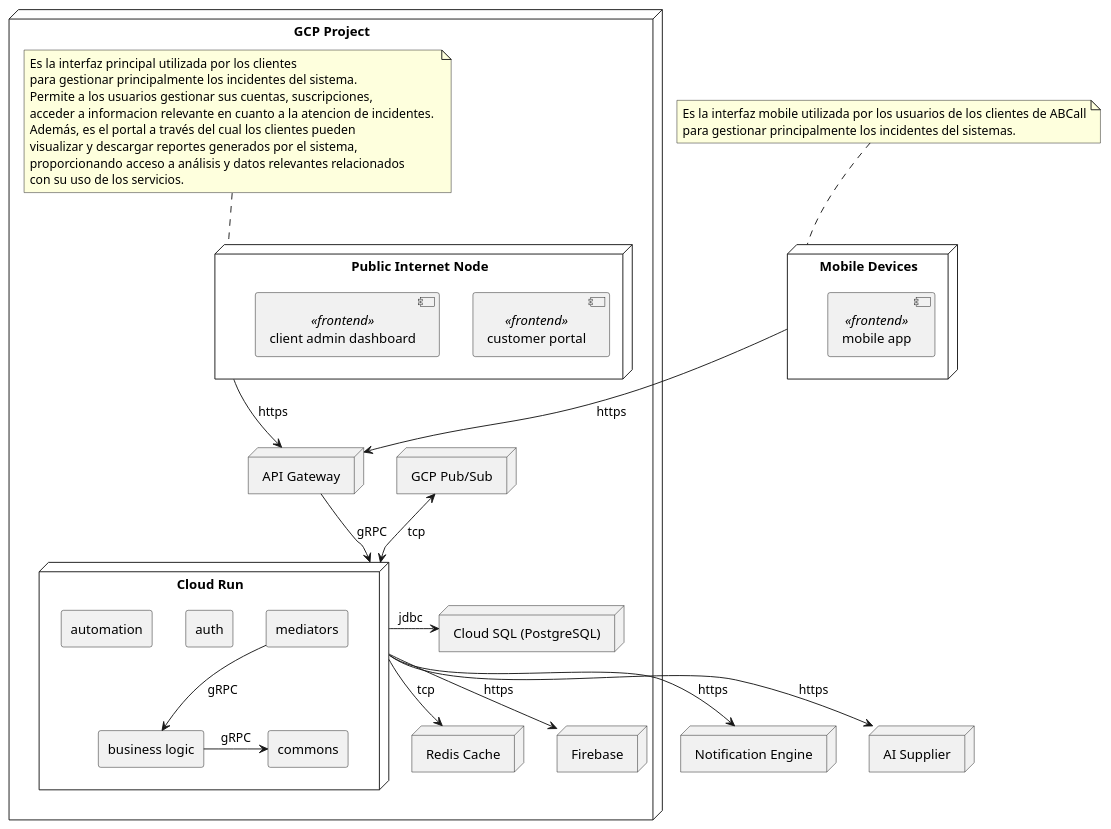
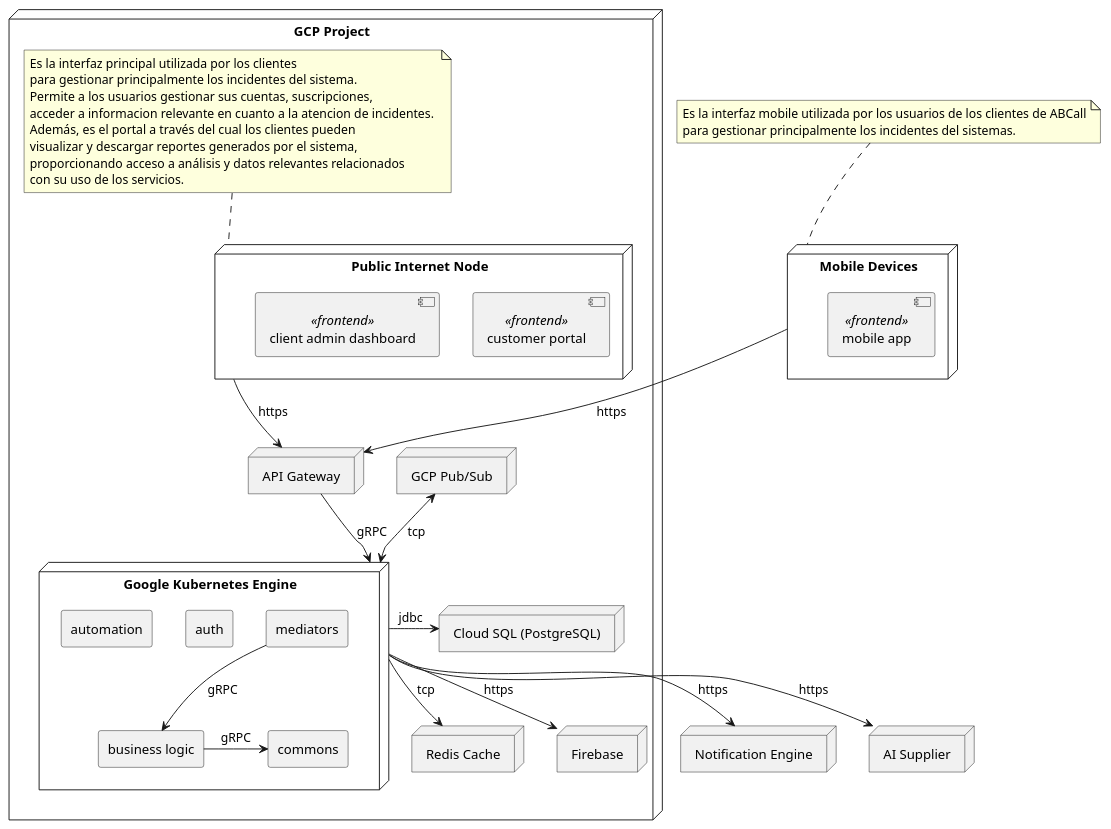
Before and after one commit to MISO-Proyecto-Final/Entregas-Proyecto-Final-G2: the diagram in Semana 5/diagramas-arquitectura/DeploymentViewPoint/2.Presentation.puml, drawn with PlantUML. The commit also changed 1 other file, not shown here.

Commit message:
feat: actualizacion de diagramas de despliegue

```diff
--- a/Semana 5/diagramas-arquitectura/DeploymentViewPoint/2.Presentation.puml
+++ b/Semana 5/diagramas-arquitectura/DeploymentViewPoint/2.Presentation.puml
@@ -1,90 +1,90 @@
 @startuml deployment-diagram
 skinparam packageStyle rectangle
 
 node "GCP Project" {
     node "API Gateway" {
     }
 
-    node "Cloud Run" {
+    node "Google Kubernetes Engine" {
 
         rectangle mediators {
         }
 
         rectangle auth {
         }
 
         rectangle "business logic" {
         }
 
         rectangle automation {
         }
 
         [mediators] -down-> [business logic] : gRPC
         [business logic] -right-> [commons] : gRPC
 
         rectangle commons {
         }
 
         
         
     }
 
     node "Cloud SQL (PostgreSQL)" {
     }
 
     node "Redis Cache" {
     }
     
     node "Public Internet Node" {
         [customer portal] <<frontend>>
         [client admin dashboard] <<frontend>>
     }
 
     note top of [Public Internet Node]
         Es la interfaz principal utilizada por los clientes 
         para gestionar principalmente los incidentes del sistema. 
         Permite a los usuarios gestionar sus cuentas, suscripciones, 
         acceder a informacion relevante en cuanto a la atencion de incidentes. 
         Además, es el portal a través del cual los clientes pueden 
         visualizar y descargar reportes generados por el sistema, 
         proporcionando acceso a análisis y datos relevantes relacionados 
         con su uso de los servicios.
     end note
 
     node "GCP Pub/Sub" {
     }
 
     node "Firebase" {
     }
 }
 
 node "Mobile Devices" {
     [mobile app] <<frontend>>
 }
 
 note top of [Mobile Devices]
         Es la interfaz mobile utilizada por los usuarios de los clientes de ABCall
         para gestionar principalmente los incidentes del sistemas.
     end note
 
 node "Notification Engine" {
 }
 
 node "AI Supplier" {
 }
 
 [Public Internet Node] -down-> [API Gateway] : https
 [Mobile Devices] -down-> [API Gateway] : https
 
-[API Gateway] -down-> [Cloud Run] : gRPC
-[Cloud Run] -left-> [Cloud SQL (PostgreSQL)] : jdbc
-[Cloud Run] -down-> [Redis Cache] : tcp
-[Cloud Run] <-up-> [GCP Pub/Sub] : tcp
-[Cloud Run] -down-> [Firebase] : https
-[Cloud Run] -down-> [Notification Engine] : https
+[API Gateway] -down-> [Google Kubernetes Engine] : gRPC
+[Google Kubernetes Engine] -left-> [Cloud SQL (PostgreSQL)] : jdbc
+[Google Kubernetes Engine] -down-> [Redis Cache] : tcp
+[Google Kubernetes Engine] <-up-> [GCP Pub/Sub] : tcp
+[Google Kubernetes Engine] -down-> [Firebase] : https
+[Google Kubernetes Engine] -down-> [Notification Engine] : https
 
-[Cloud Run] -down-> [AI Supplier] : https
+[Google Kubernetes Engine] -down-> [AI Supplier] : https
 
 
 
 @enduml
```
